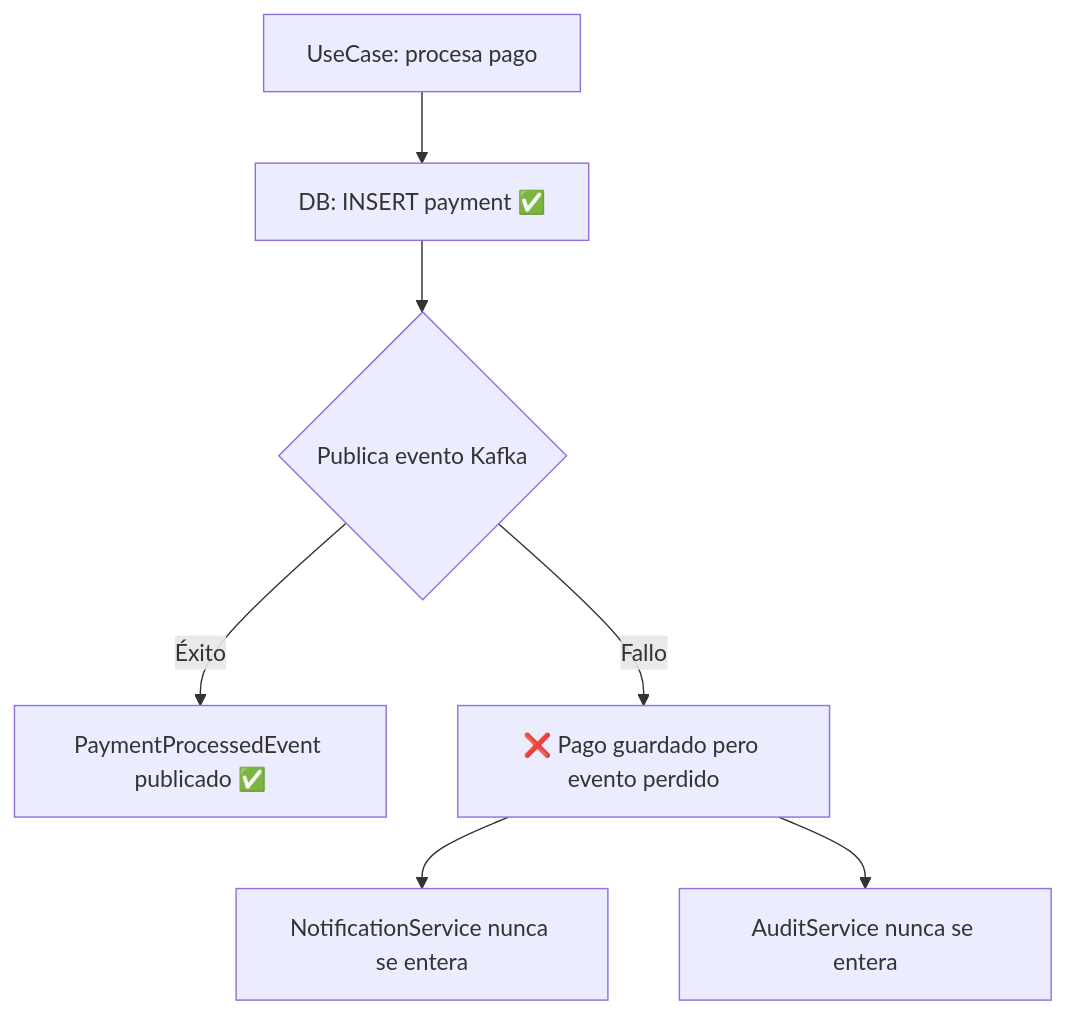
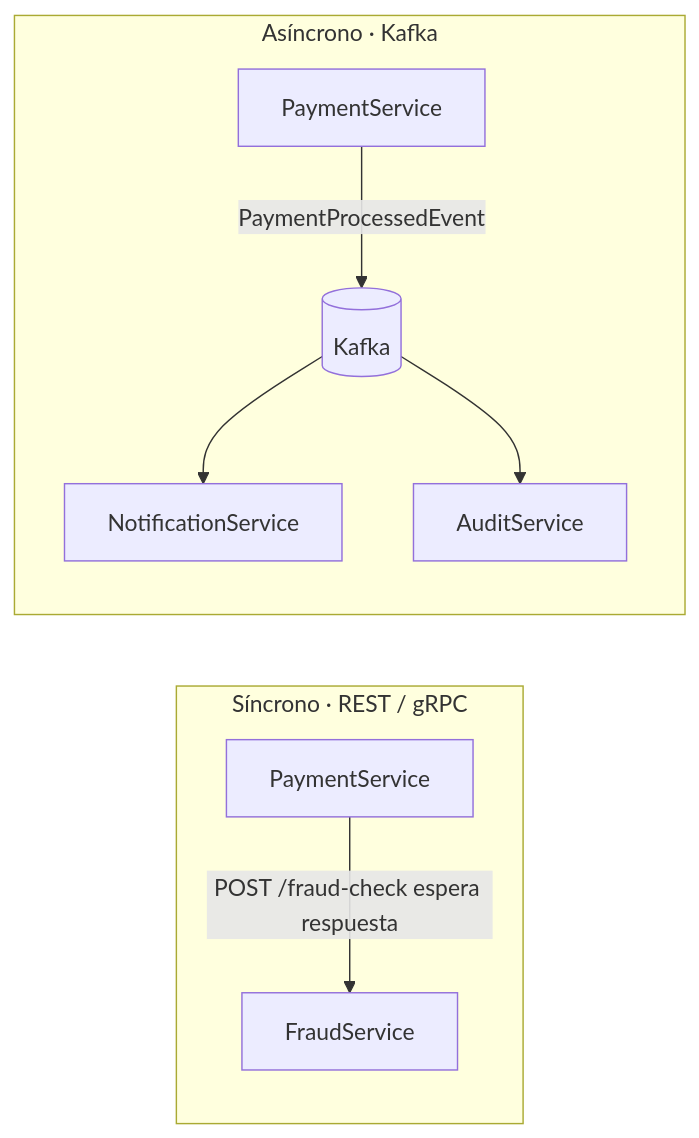
Before and after one commit to wikicode96/software-architecture: the third of 5 diagrams in software-design/README.md, drawn with Mermaid. The commit also changed other lines of this file, not shown here.

````diff
--- a/software-design/README.md
+++ b/software-design/README.md
@@ -375,9 +109,12 @@
 ```mermaid
-flowchart TD
-    A[UseCase: procesa pago] --> B[DB: INSERT payment ✅]
-    B --> C{Publica evento Kafka}
-    C -->|Éxito| D[PaymentProcessedEvent publicado ✅]
-    C -->|Fallo| E[❌ Pago guardado pero evento perdido]
-    E --> F[NotificationService nunca se entera]
-    E --> G[AuditService nunca se entera]
+flowchart LR
+    subgraph Síncrono["Síncrono · REST / gRPC"]
+        A[PaymentService] -->|"POST /fraud-check espera respuesta"| B[FraudService]
+    end
+
+    subgraph Asíncrono["Asíncrono · Kafka"]
+        C[PaymentService] -->|PaymentProcessedEvent| K[(Kafka)]
+        K --> D[NotificationService]
+        K --> E[AuditService]
+    end
 ```
````
